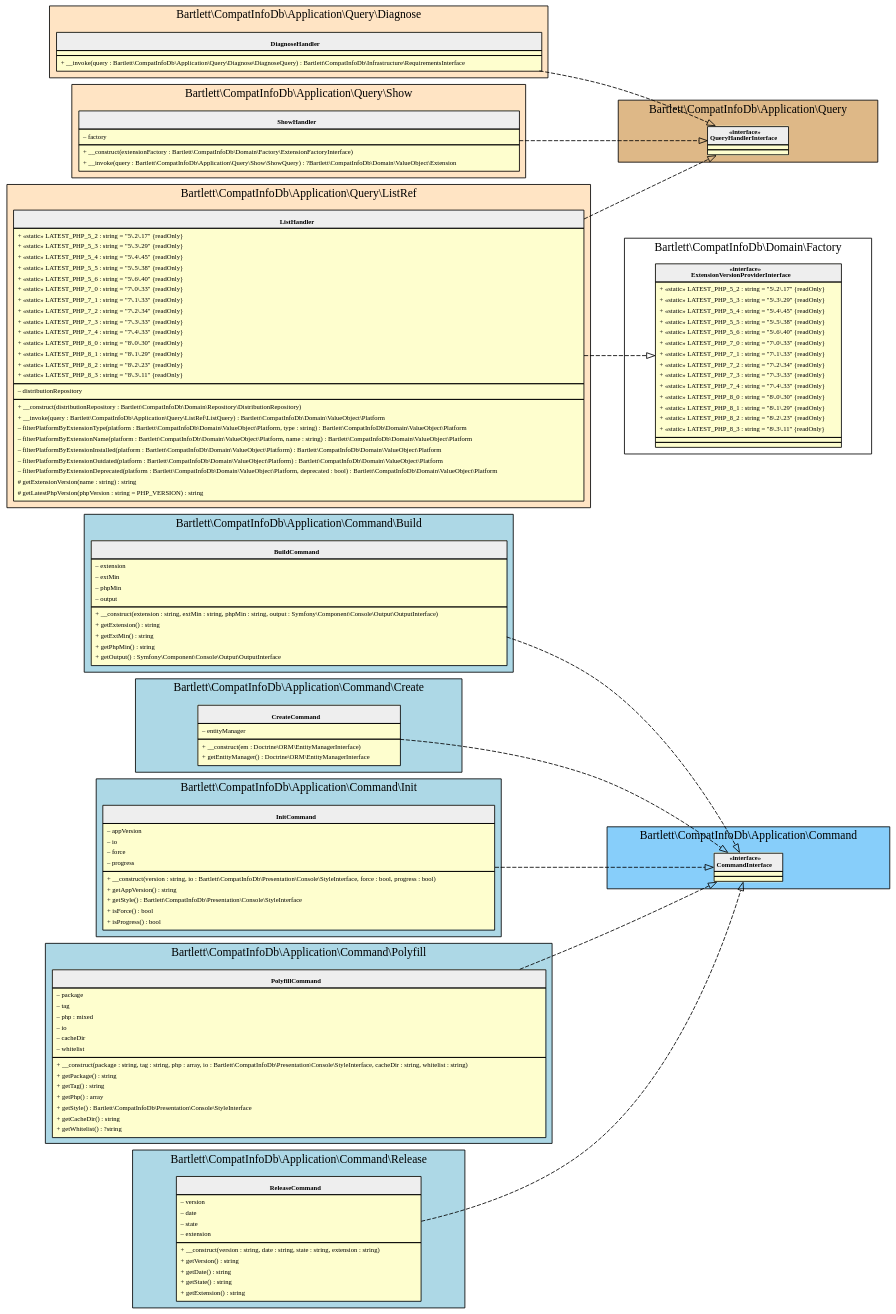
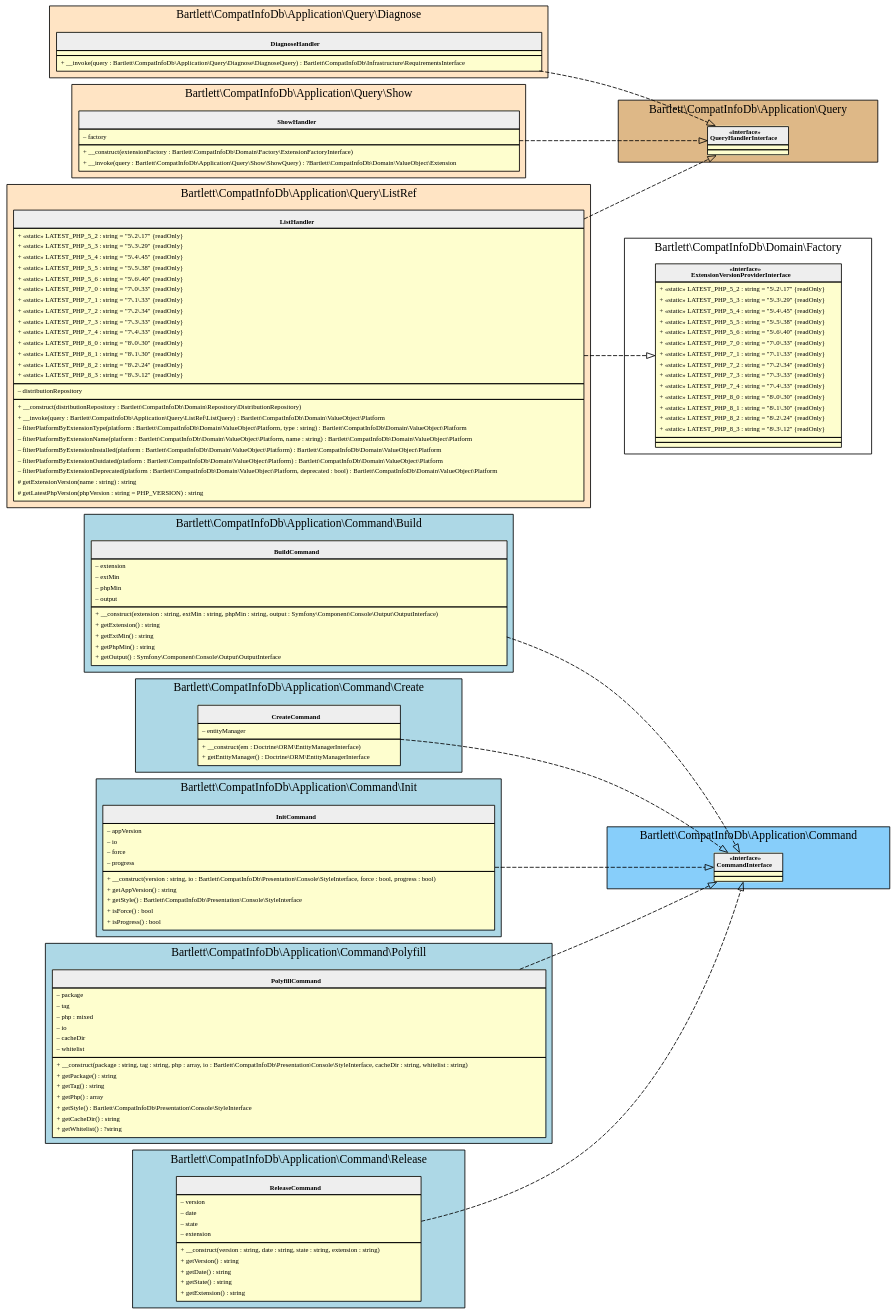
Before and after one commit to llaville/php-compatinfo-db: the diagram in 6.10/assets/images/command-line-runner_application.html.gv, drawn with Graphviz. The commit also changed 33 other files, not shown here.

```diff
--- a/6.10/assets/images/command-line-runner_application.html.gv
+++ b/6.10/assets/images/command-line-runner_application.html.gv
@@ -155,9 +155,9 @@
     <tr><td align="left">+ «static» LATEST_PHP_7_3 : string = "7\.3\.33" {readOnly}</td></tr>
     <tr><td align="left">+ «static» LATEST_PHP_7_4 : string = "7\.4\.33" {readOnly}</td></tr>
     <tr><td align="left">+ «static» LATEST_PHP_8_0 : string = "8\.0\.30" {readOnly}</td></tr>
-    <tr><td align="left">+ «static» LATEST_PHP_8_1 : string = "8\.1\.29" {readOnly}</td></tr>
-    <tr><td align="left">+ «static» LATEST_PHP_8_2 : string = "8\.2\.23" {readOnly}</td></tr>
-    <tr><td align="left">+ «static» LATEST_PHP_8_3 : string = "8\.3\.11" {readOnly}</td></tr>
+    <tr><td align="left">+ «static» LATEST_PHP_8_1 : string = "8\.1\.30" {readOnly}</td></tr>
+    <tr><td align="left">+ «static» LATEST_PHP_8_2 : string = "8\.2\.24" {readOnly}</td></tr>
+    <tr><td align="left">+ «static» LATEST_PHP_8_3 : string = "8\.3\.12" {readOnly}</td></tr>
 </table></td></tr>
     <tr><td><table border="0" cellspacing="0" cellpadding="2">
     <tr><td align="left">– distributionRepository</td></tr>
@@ -192,9 +192,9 @@
     <tr><td align="left">+ «static» LATEST_PHP_7_3 : string = "7\.3\.33" {readOnly}</td></tr>
     <tr><td align="left">+ «static» LATEST_PHP_7_4 : string = "7\.4\.33" {readOnly}</td></tr>
     <tr><td align="left">+ «static» LATEST_PHP_8_0 : string = "8\.0\.30" {readOnly}</td></tr>
-    <tr><td align="left">+ «static» LATEST_PHP_8_1 : string = "8\.1\.29" {readOnly}</td></tr>
-    <tr><td align="left">+ «static» LATEST_PHP_8_2 : string = "8\.2\.23" {readOnly}</td></tr>
-    <tr><td align="left">+ «static» LATEST_PHP_8_3 : string = "8\.3\.11" {readOnly}</td></tr>
+    <tr><td align="left">+ «static» LATEST_PHP_8_1 : string = "8\.1\.30" {readOnly}</td></tr>
+    <tr><td align="left">+ «static» LATEST_PHP_8_2 : string = "8\.2\.24" {readOnly}</td></tr>
+    <tr><td align="left">+ «static» LATEST_PHP_8_3 : string = "8\.3\.12" {readOnly}</td></tr>
 </table></td></tr>
     <tr><td></td></tr>
     <tr><td></td></tr>
```
